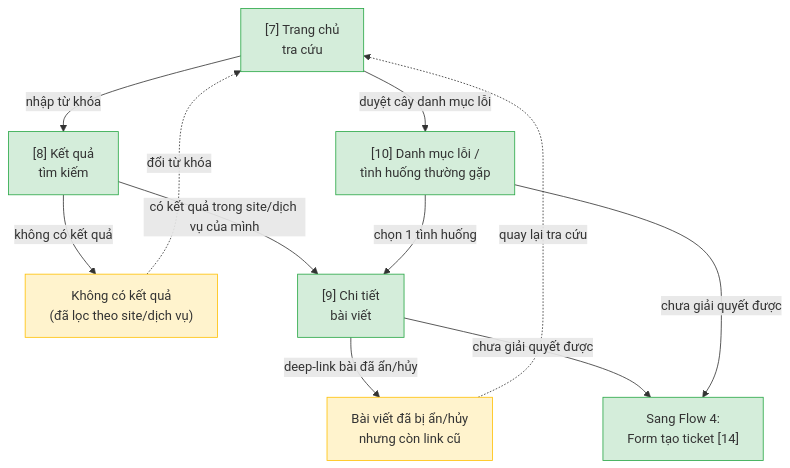
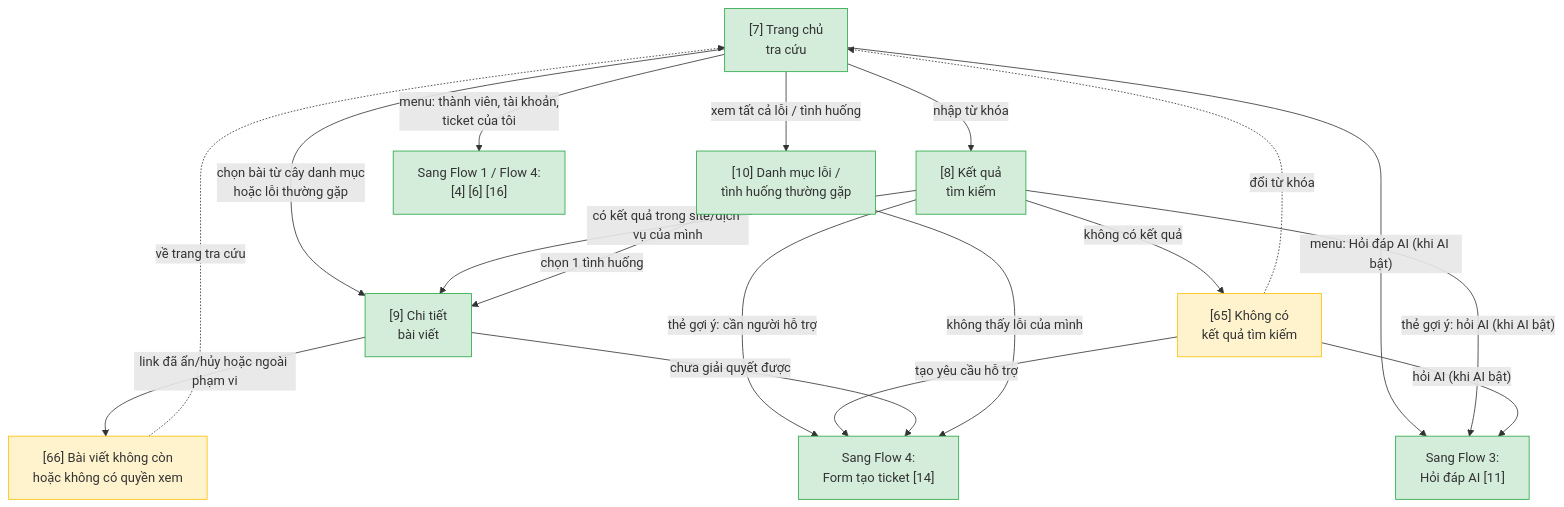
Before and after one commit to mynguyencnttpx-alt/workspace-vnpt-ioffice: the second of 11 diagrams in docs/ho-tro-cskh/srs/ho-tro-cskh-userflow.md, drawn with Mermaid. The commit also changed other lines of this file and 10 other files, not shown here.

First line of the commit message:
bs các cập nhật thay đổi của wireframe

````diff
--- a/docs/ho-tro-cskh/srs/ho-tro-cskh-userflow.md
+++ b/docs/ho-tro-cskh/srs/ho-tro-cskh-userflow.md
@@ -62,29 +62,38 @@
 ```mermaid
 flowchart TD
     f2n1["[7] Trang chủ<br/>tra cứu"]
     f2n2["[8] Kết quả<br/>tìm kiếm"]
-    f2edge1["Không có kết quả<br/>(đã lọc theo site/dịch vụ)"]
+    f2n5["[65] Không có<br/>kết quả tìm kiếm"]
     f2n3["[9] Chi tiết<br/>bài viết"]
     f2n4["[10] Danh mục lỗi /<br/>tình huống thường gặp"]
-    f2edge2["Bài viết đã bị ẩn/hủy<br/>nhưng còn link cũ"]
+    f2n6["[66] Bài viết không còn<br/>hoặc không có quyền xem"]
+    f2ai["Sang Flow 3:<br/>Hỏi đáp AI [11]"]
     f2ticket["Sang Flow 4:<br/>Form tạo ticket [14]"]
+    f2other["Sang Flow 1 / Flow 4:<br/>[4] [6] [16]"]
 
     f2n1 -->|"nhập từ khóa"| f2n2
-    f2n1 -->|"duyệt cây danh mục lỗi"| f2n4
+    f2n1 -->|"xem tất cả lỗi / tình huống"| f2n4
+    f2n1 -->|"chọn bài từ cây danh mục<br/>hoặc lỗi thường gặp"| f2n3
+    f2n1 -->|"menu: Hỏi đáp AI (khi AI bật)"| f2ai
+    f2n1 -->|"menu: thành viên, tài khoản,<br/>ticket của tôi"| f2other
     f2n2 -->|"có kết quả trong site/dịch vụ của mình"| f2n3
-    f2n2 -->|"không có kết quả"| f2edge1
-    f2edge1 -.->|"đổi từ khóa"| f2n1
+    f2n2 -->|"không có kết quả"| f2n5
+    f2n2 -->|"thẻ gợi ý: hỏi AI (khi AI bật)"| f2ai
+    f2n2 -->|"thẻ gợi ý: cần người hỗ trợ"| f2ticket
+    f2n5 -.->|"đổi từ khóa"| f2n1
+    f2n5 -->|"hỏi AI (khi AI bật)"| f2ai
+    f2n5 -->|"tạo yêu cầu hỗ trợ"| f2ticket
     f2n4 -->|"chọn 1 tình huống"| f2n3
-    f2n3 -->|"deep-link bài đã ẩn/hủy"| f2edge2
-    f2edge2 -.->|"quay lại tra cứu"| f2n1
+    f2n3 -->|"link đã ẩn/hủy hoặc ngoài phạm vi"| f2n6
+    f2n6 -.->|"về trang tra cứu"| f2n1
     f2n3 -->|"chưa giải quyết được"| f2ticket
-    f2n4 -->|"chưa giải quyết được"| f2ticket
+    f2n4 -->|"không thấy lỗi của mình"| f2ticket
 
     classDef happy fill:#d4edda,stroke:#28a745
     classDef error fill:#f8d7da,stroke:#dc3545
     classDef edge fill:#fff3cd,stroke:#ffc107
 
     class f2n1,f2n2,f2n3,f2n4 happy
-    class f2edge1,f2edge2 edge
-    class f2ticket happy
+    class f2n5,f2n6 edge
+    class f2ai,f2ticket,f2other happy
 ```
````
